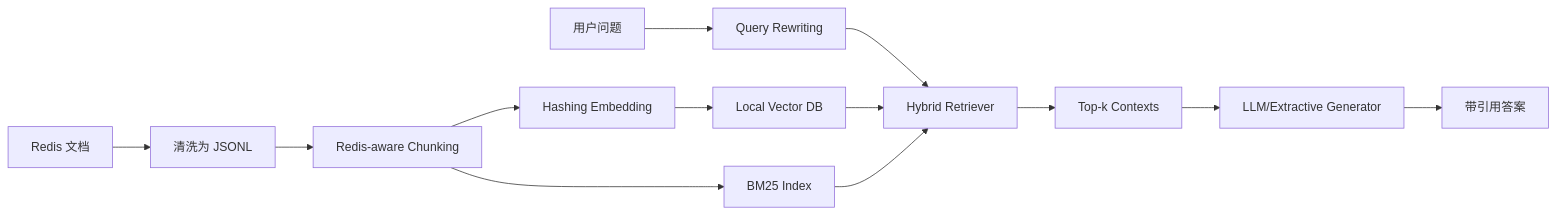
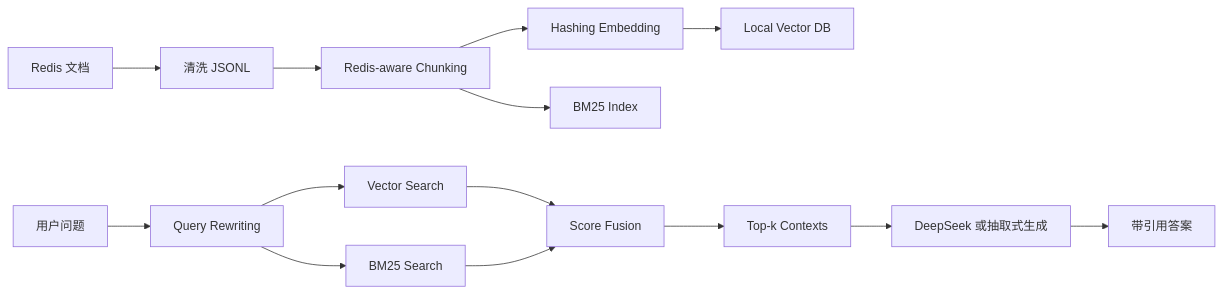
One commit to Sun-bi/nlp changed the diagram in README.md. Above: the diagram before and after it, drawn with Mermaid. The commit also changed other lines of this file and 15 other files, not shown here.

````diff
--- a/README.md
+++ b/README.md
@@ -109,15 +265,16 @@
 ```mermaid
 flowchart LR
-    A[Redis 文档] --> B[清洗为 JSONL]
+    A[Redis 文档] --> B[清洗 JSONL]
     B --> C[Redis-aware Chunking]
     C --> D[Hashing Embedding]
     C --> E[BM25 Index]
     D --> F[Local Vector DB]
     G[用户问题] --> H[Query Rewriting]
-    H --> I[Hybrid Retriever]
-    F --> I
-    E --> I
-    I --> J[Top-k Contexts]
-    J --> K[LLM/Extractive Generator]
-    K --> L[带引用答案]
+    H --> I[Vector Search]
+    H --> J[BM25 Search]
+    I --> K[Score Fusion]
+    J --> K
+    K --> L[Top-k Contexts]
+    L --> M[DeepSeek 或抽取式生成]
+    M --> N[带引用答案]
 ```
````
